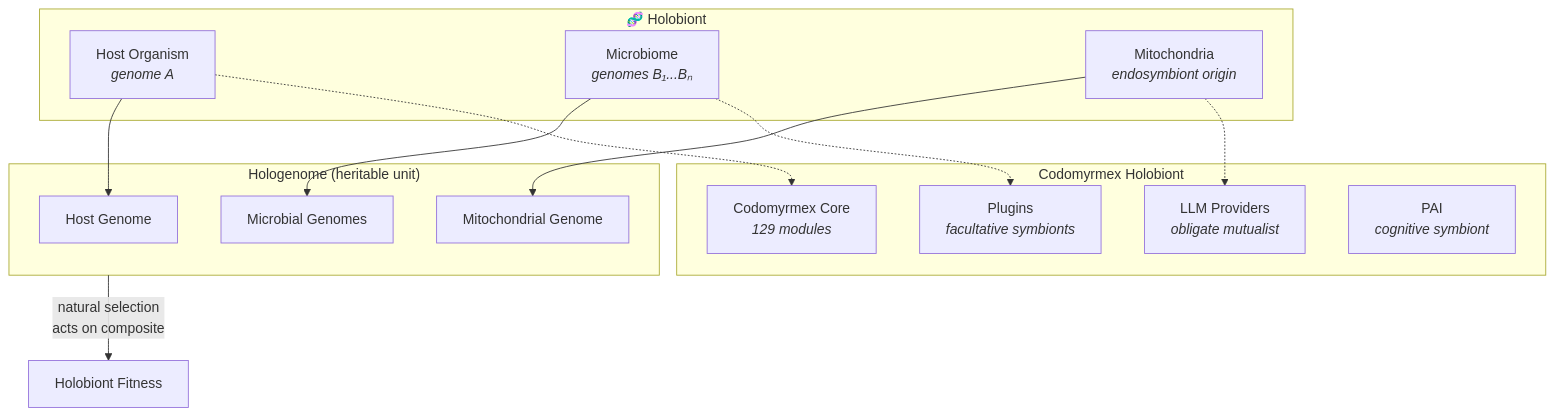
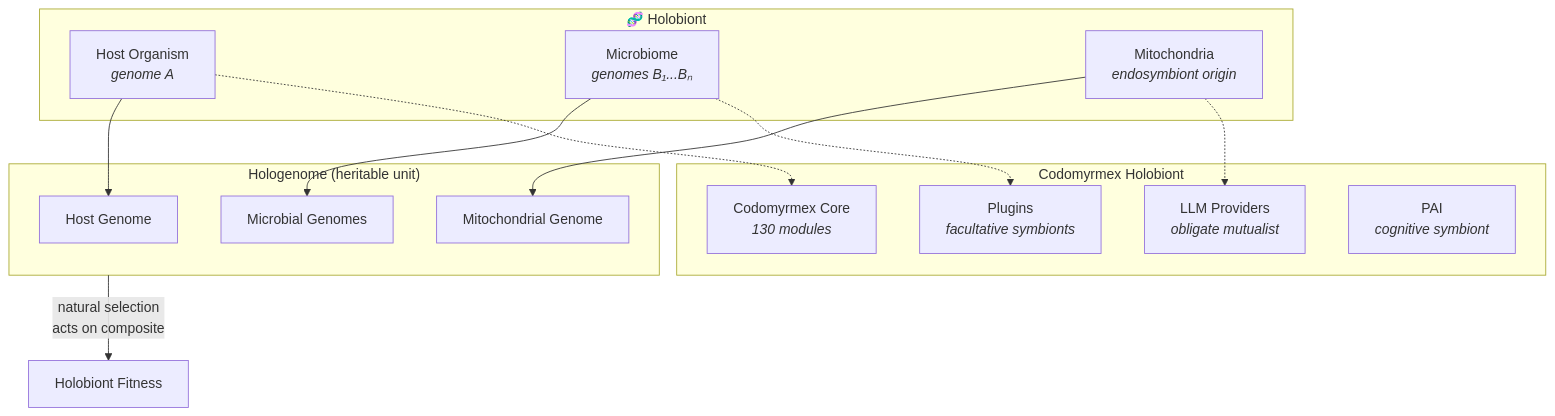
The first of 2 diagrams in docs/bio/symbiosis.md (docxology/codomyrmex), drawn with Mermaid before and after one commit. The commit also changed 852 other files, not shown here.

````diff
--- a/docs/bio/symbiosis.md
+++ b/docs/bio/symbiosis.md
@@ -17,31 +17,31 @@
 ```mermaid
 graph TB
     subgraph HOLOBIONT["🧬 Holobiont"]
         HOST["Host Organism<br/><i>genome A</i>"]
         MICRO["Microbiome<br/><i>genomes B₁...Bₙ</i>"]
         MITO["Mitochondria<br/><i>endosymbiont origin</i>"]
     end
 
     subgraph HOLOGENOME["Hologenome (heritable unit)"]
         HOST_G["Host Genome"]
         MICRO_G["Microbial Genomes"]
         MITO_G["Mitochondrial Genome"]
     end
 
     HOST --> HOST_G
     MICRO --> MICRO_G
     MITO --> MITO_G
 
     HOLOGENOME -->|"natural selection<br/>acts on composite"| FITNESS["Holobiont Fitness"]
 
     subgraph CDM_HOLO["Codomyrmex Holobiont"]
-        CDM_HOST["Codomyrmex Core<br/><i>129 modules</i>"]
+        CDM_HOST["Codomyrmex Core<br/><i>130 modules</i>"]
         CDM_LLM["LLM Providers<br/><i>obligate mutualist</i>"]
         CDM_PLUGINS["Plugins<br/><i>facultative symbionts</i>"]
         CDM_PAI["PAI<br/><i>cognitive symbiont</i>"]
     end
 
     HOST -.-> CDM_HOST
     MICRO -.-> CDM_PLUGINS
     MITO -.-> CDM_LLM
 ```
````
